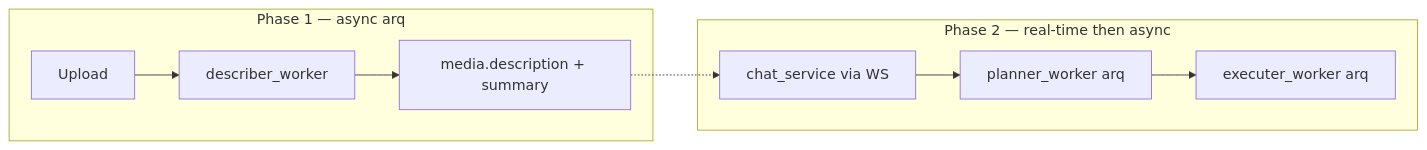
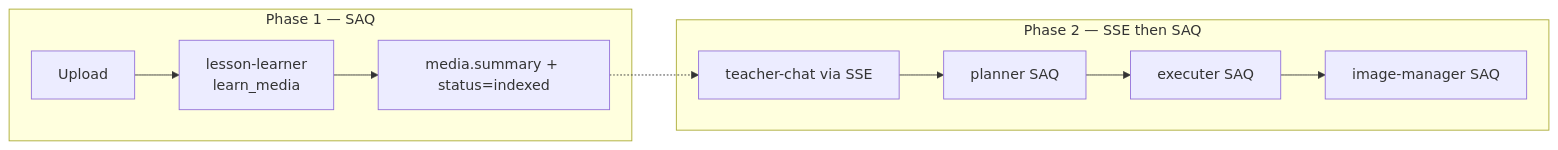
One commit to BasselSallam2/teacher-mock changed the second of 3 diagrams in docs/architecture/README.md. Above: the diagram before and after it, drawn with Mermaid. The commit also changed other lines of this file and 10 other files, not shown here.

Commit message:
Enhance README and add system overview documentation; update media handling and lesson planning architecture. Introduce nested media folders and clarify production stack details.

````diff
--- a/docs/architecture/README.md
+++ b/docs/architecture/README.md
@@ -90,14 +153,15 @@
 ```mermaid
 flowchart LR
-  subgraph phase1 [Phase 1 — async arq]
-    Upload --> Describer["describer_worker"]
-    Describer --> Store["media.description + summary"]
+  subgraph phase1 [Phase 1 — SAQ]
+    Upload --> Learner["lesson-learner\nlearn_media"]
+    Learner --> Store["media.summary + status=indexed"]
   end
 
-  subgraph phase2 [Phase 2 — real-time then async]
-    ChatWS["chat_service via WS"] --> Plan["planner_worker arq"]
-    Plan --> Exec["executer_worker arq"]
+  subgraph phase2 [Phase 2 — SSE then SAQ]
+    ChatSSE["teacher-chat via SSE"] --> Plan["planner SAQ"]
+    Plan --> Exec["executer SAQ"]
+    Exec --> Img["image-manager SAQ"]
   end
 
-  Store -.-> ChatWS
+  Store -.-> ChatSSE
 ```
````
